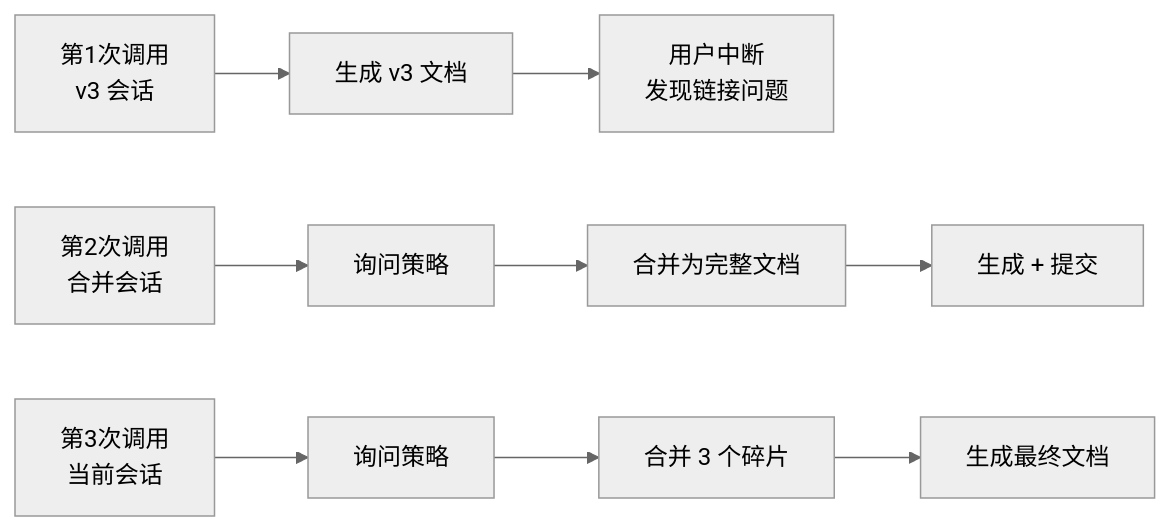
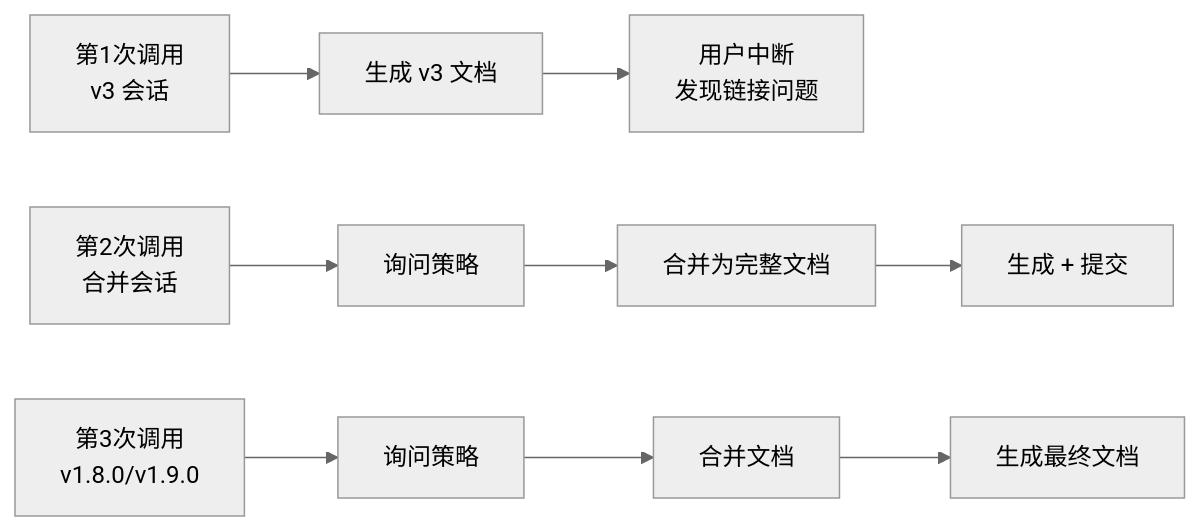
The third of 10 diagrams in doc/ai-explore/2026-04-11-my-explore-doc-record技能优化实践探索之旅.md (chujun/aiubuntu1-sh), drawn with Mermaid (neutral theme) before and after one commit. The commit also changed other lines of this file, not shown here.

````diff
--- a/doc/ai-explore/2026-04-11-my-explore-doc-record技能优化实践探索之旅.md
+++ b/doc/ai-explore/2026-04-11-my-explore-doc-record技能优化实践探索之旅.md
@@ -173,11 +188,11 @@
 ```mermaid
 flowchart LR
     A["第1次调用<br/>v3 会话"] --> B["生成 v3 文档"]
     B --> C["用户中断<br/>发现链接问题"]
     D["第2次调用<br/>合并会话"] --> E["询问策略"]
     E --> F["合并为完整文档"]
     F --> G["生成 + 提交"]
-    H["第3次调用<br/>当前会话"] --> I["询问策略"]
-    I --> J["合并 3 个碎片"]
+    H["第3次调用<br/>v1.8.0/v1.9.0"] --> I["询问策略"]
+    I --> J["合并文档"]
     J --> K["生成最终文档"]
 ```
````
